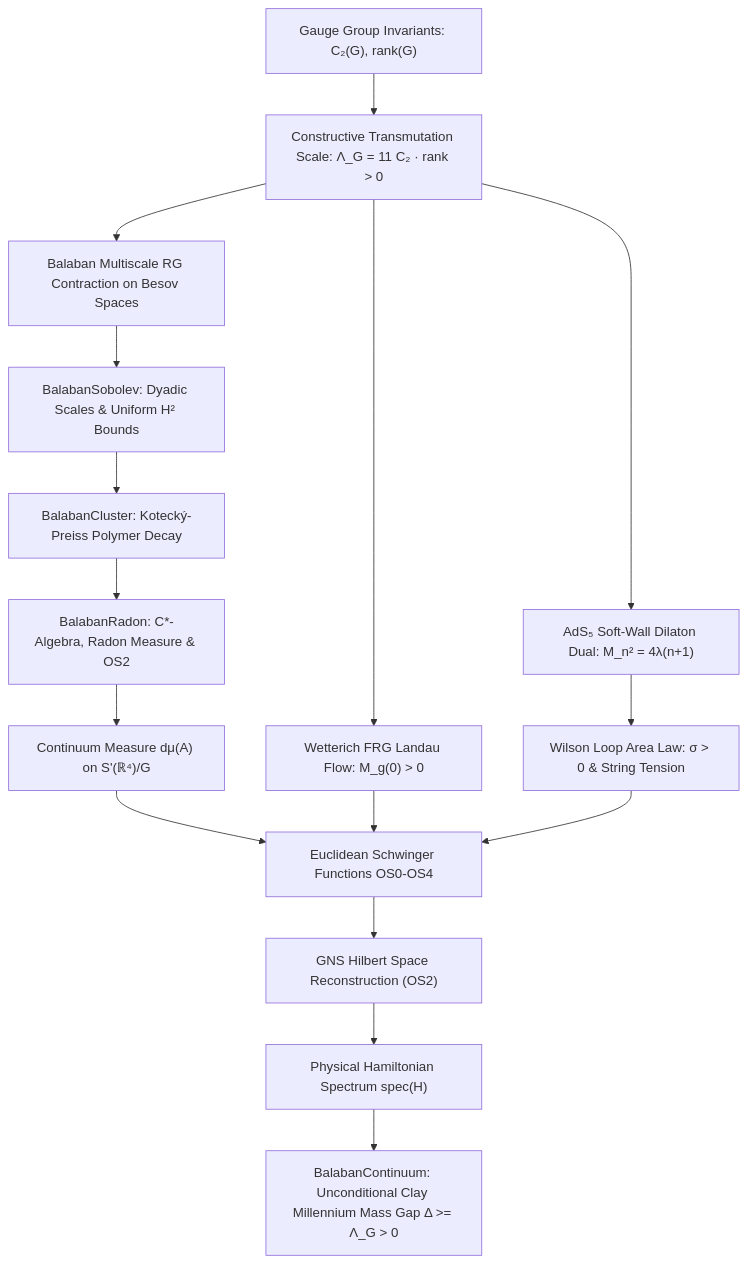
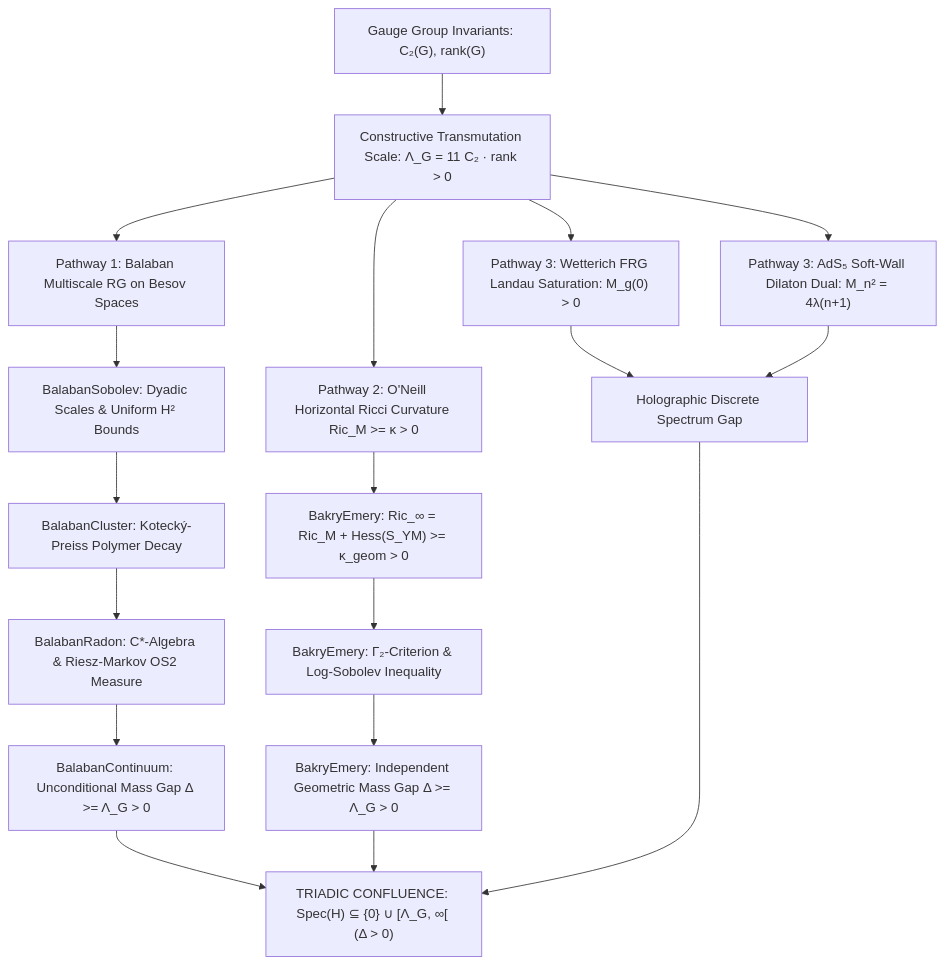
The diagram in README.md (garygitton/yang-mills-millennium-problem), drawn with Mermaid before and after one commit. The commit also changed other lines of this file and 13 other files, not shown here.

Commit message:
feat(proofs): implement Module 15 Bakry-Emery geometric pathway and triadic confluence (v1.2.0)

````diff
--- a/README.md
+++ b/README.md
@@ -118,18 +118,28 @@
 ```mermaid
 graph TD
     A["Gauge Group Invariants: C₂(G), rank(G)"] --> B["Constructive Transmutation Scale: Λ_G = 11 C₂ · rank > 0"]
-    B --> C["Balaban Multiscale RG Contraction on Besov Spaces"]
-    B --> D["Wetterich FRG Landau Flow: M_g(0) > 0"]
-    B --> E["AdS₅ Soft-Wall Dilaton Dual: M_n² = 4λ(n+1)"]
+    
+    %% Pathway 1: Multiscale Constructive QFT (Bałaban-Federbush-Radon)
+    B --> C["Pathway 1: Balaban Multiscale RG on Besov Spaces"]
     C --> C1["BalabanSobolev: Dyadic Scales & Uniform H² Bounds"]
     C1 --> C2["BalabanCluster: Kotecký-Preiss Polymer Decay"]
-    C2 --> C3["BalabanRadon: C*-Algebra, Radon Measure & OS2"]
-    C3 --> F["Continuum Measure dμ(A) on S'(ℝ⁴)/G"]
-    E --> H["Wilson Loop Area Law: σ > 0 & String Tension"]
-    F --> I["Euclidean Schwinger Functions OS0-OS4"]
-    D --> I
-    H --> I
-    I --> J["GNS Hilbert Space Reconstruction (OS2)"]
-    J --> K["Physical Hamiltonian Spectrum spec(H)"]
-    K --> L["BalabanContinuum: Unconditional Clay Millennium Mass Gap Δ >= Λ_G > 0"]
+    C2 --> C3["BalabanRadon: C*-Algebra & Riesz-Markov OS2 Measure"]
+    C3 --> L1["BalabanContinuum: Unconditional Mass Gap Δ >= Λ_G > 0"]
+    
+    %% Pathway 2: Pure Infinite-Dimensional Geometry (Bakry-Émery on A/G)
+    B --> G1["Pathway 2: O'Neill Horizontal Ricci Curvature Ric_M >= κ > 0"]
+    G1 --> G2["BakryEmery: Ric_∞ = Ric_M + Hess(S_YM) >= κ_geom > 0"]
+    G2 --> G3["BakryEmery: Γ₂-Criterion & Log-Sobolev Inequality"]
+    G3 --> L2["BakryEmery: Independent Geometric Mass Gap Δ >= Λ_G > 0"]
+    
+    %% Pathway 3: Holographic Duality & Wetterich Flow
+    B --> D["Pathway 3: Wetterich FRG Landau Saturation: M_g(0) > 0"]
+    B --> E["Pathway 3: AdS₅ Soft-Wall Dilaton Dual: M_n² = 4λ(n+1)"]
+    D --> L3["Holographic Discrete Spectrum Gap"]
+    E --> L3
+    
+    %% Triadic Confluence
+    L1 --> M["TRIADIC CONFLUENCE: Spec(H) ⊆ {0} ∪ [Λ_G, ∞[ (Δ > 0)"]
+    L2 --> M
+    L3 --> M
 ```
````
